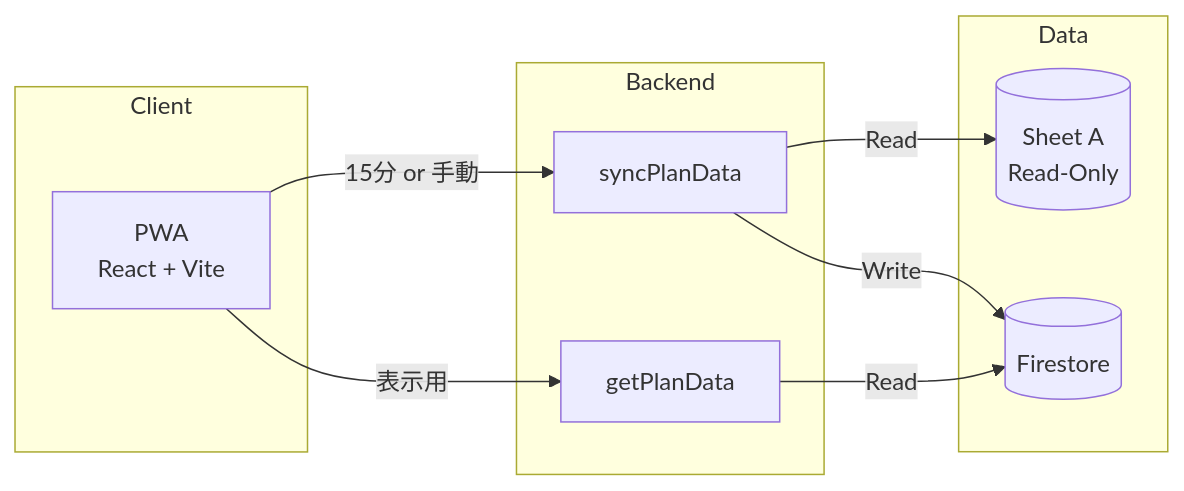
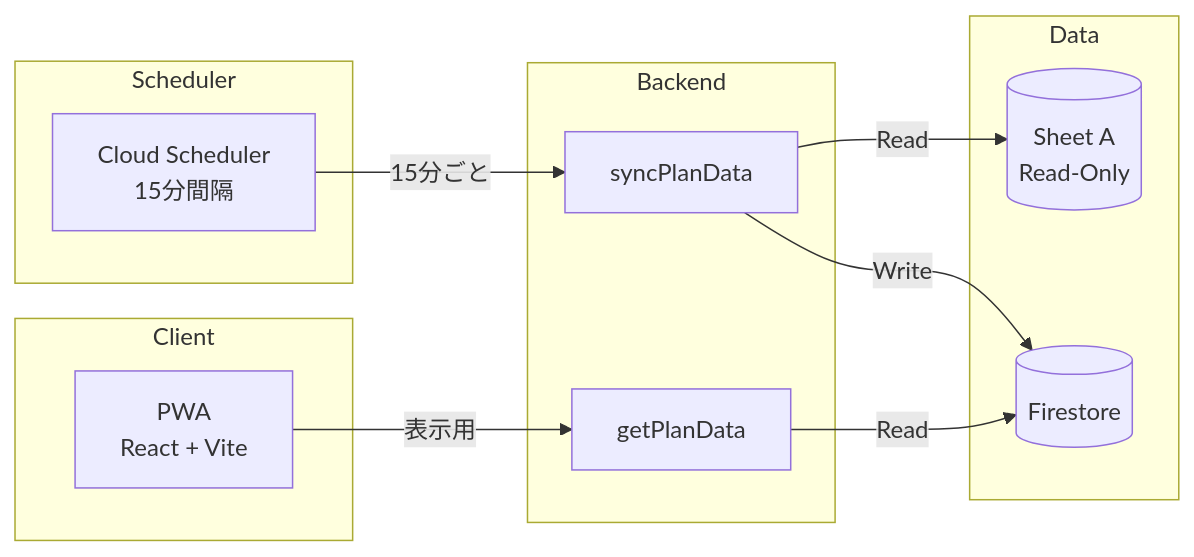
Before and after one commit to yasushihonda-acg/facility-care-input-form: the second of 2 diagrams in docs/ARCHITECTURE.md, drawn with Mermaid. The commit also changed other lines of this file and 10 other files, not shown here.

````diff
--- a/docs/ARCHITECTURE.md
+++ b/docs/ARCHITECTURE.md
@@ -292,22 +297,26 @@
 ```mermaid
 graph LR
+    subgraph "Scheduler"
+        CS[Cloud Scheduler<br/>15分間隔]
+    end
+
     subgraph "Client"
         PWA[PWA<br/>React + Vite]
     end
 
     subgraph "Backend"
         CF_SYNC[syncPlanData]
         CF_GET[getPlanData]
     end
 
     subgraph "Data"
         SA[(Sheet A<br/>Read-Only)]
         FS[(Firestore)]
     end
 
-    PWA -->|"15分 or 手動"| CF_SYNC
+    CS -->|"15分ごと"| CF_SYNC
     CF_SYNC -->|"Read"| SA
     CF_SYNC -->|"Write"| FS
     PWA -->|"表示用"| CF_GET
     CF_GET -->|"Read"| FS
 ```
````
